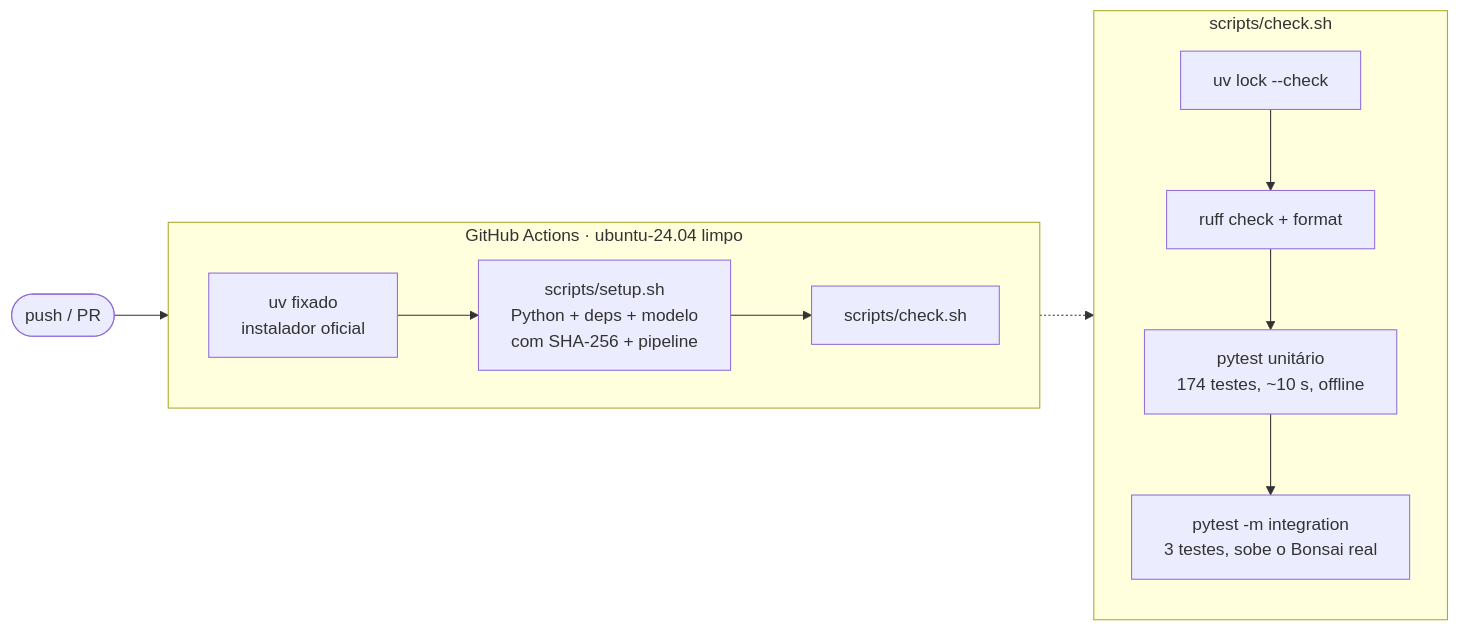
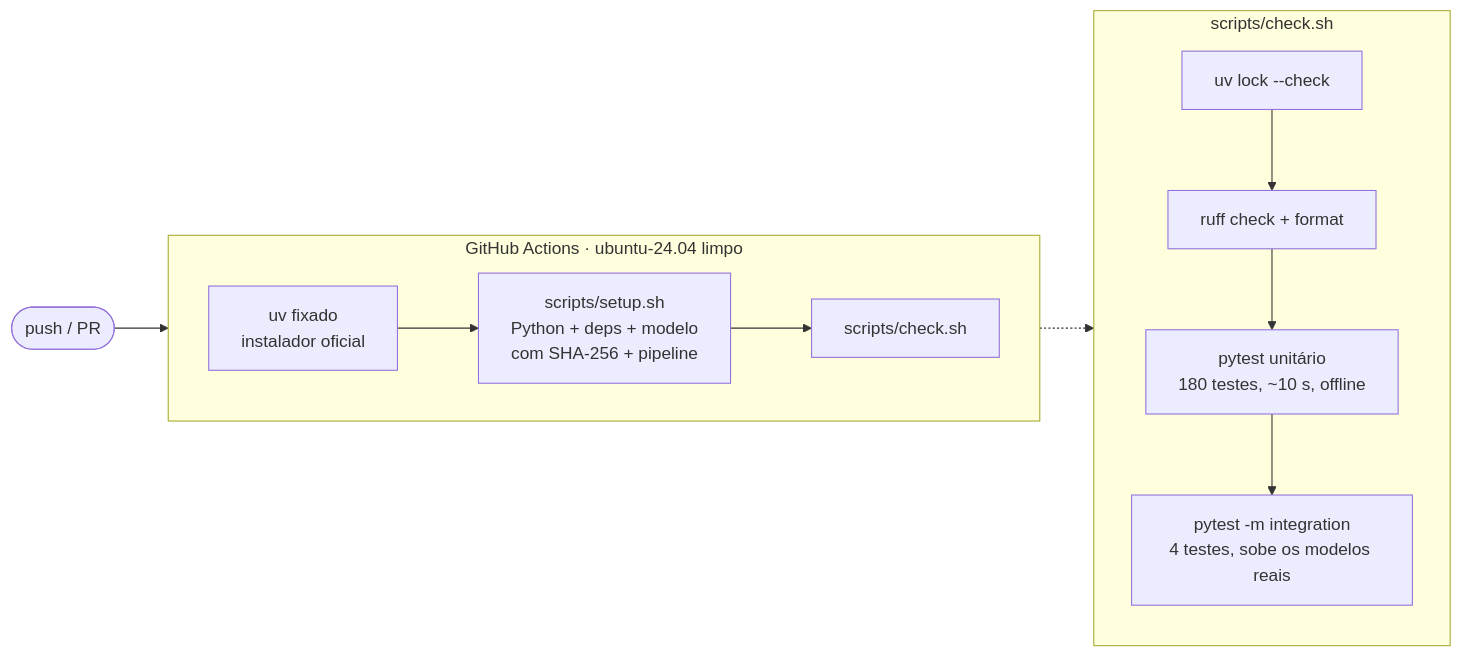
The sixth of 12 diagrams in README.md (RonildoSilva/ai-engineer-challenge), drawn with Mermaid before and after one commit. The commit also changed other lines of this file and 9 other files, not shown here.

````diff
--- a/README.md
+++ b/README.md
@@ -209,15 +211,15 @@
 ```mermaid
 flowchart LR
     P([push / PR]) --> CI
     subgraph CI[GitHub Actions · ubuntu-24.04 limpo]
         direction LR
         U[uv fixado<br/>instalador oficial] --> S[scripts/setup.sh<br/>Python + deps + modelo<br/>com SHA-256 + pipeline] --> K[scripts/check.sh]
     end
     subgraph K2[scripts/check.sh]
         direction TB
         L1[uv lock --check] --> L2[ruff check + format]
-        L2 --> L3[pytest unitário<br/>174 testes, ~10 s, offline]
-        L3 --> L4[pytest -m integration<br/>3 testes, sobe o Bonsai real]
+        L2 --> L3[pytest unitário<br/>180 testes, ~10 s, offline]
+        L3 --> L4[pytest -m integration<br/>4 testes, sobe os modelos reais]
     end
     K -.-> K2
 ```
````
